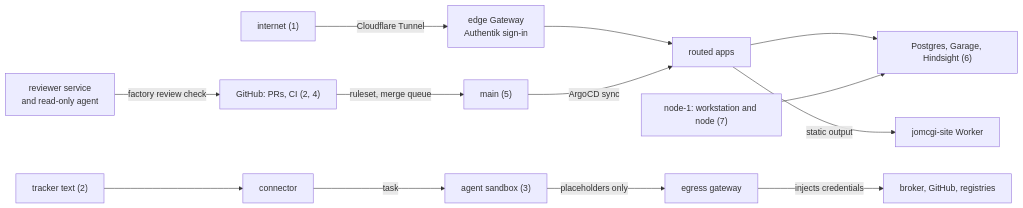
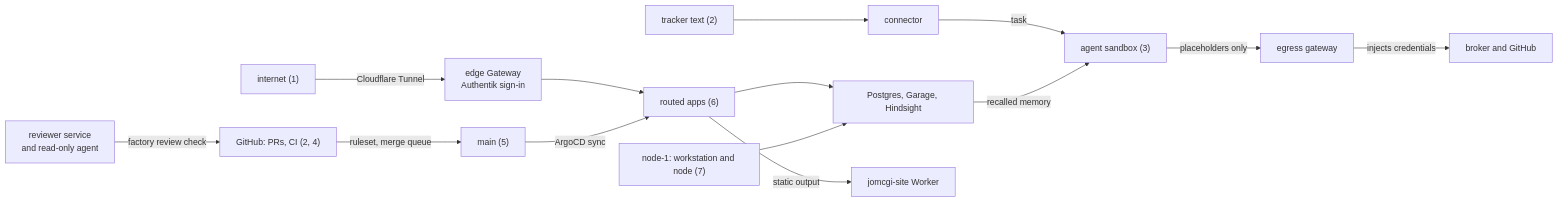
The diagram in docs/THREAT-MODEL.md (jomcgi-org/homelab), drawn with Mermaid before and after one commit. The commit also changed other lines of this file and 3 other files, not shown here.

````diff
--- a/docs/THREAT-MODEL.md
+++ b/docs/THREAT-MODEL.md
@@ -42,15 +44,16 @@
 ```mermaid
 flowchart LR
   NET["internet (1)"] -- "Cloudflare Tunnel" --> EDGE["edge Gateway<br/>Authentik sign-in"]
-  EDGE --> APPS["routed apps"]
+  EDGE --> APPS["routed apps (6)"]
   GH["GitHub: PRs, CI (2, 4)"] -- "ruleset, merge queue" --> MAIN["main (5)"]
   REV["reviewer service<br/>and read-only agent"] -- "factory review check" --> GH
   MAIN -- "ArgoCD sync" --> APPS
   TRK["tracker text (2)"] --> CON["connector"]
   CON -- "task" --> SBX["agent sandbox (3)"]
   SBX -- "placeholders only" --> EGW["egress gateway"]
-  EGW -- "injects credentials" --> BRK["broker, GitHub, registries"]
-  APPS --> DATA["Postgres, Garage, Hindsight (6)"]
+  EGW -- "injects credentials" --> BRK["broker and GitHub"]
+  APPS --> DATA["Postgres, Garage, Hindsight"]
+  DATA -- "recalled memory" --> SBX
   APPS -- "static output" --> WRK["jomcgi-site Worker"]
   N1["node-1: workstation and node (7)"] --> DATA
 ```
````
